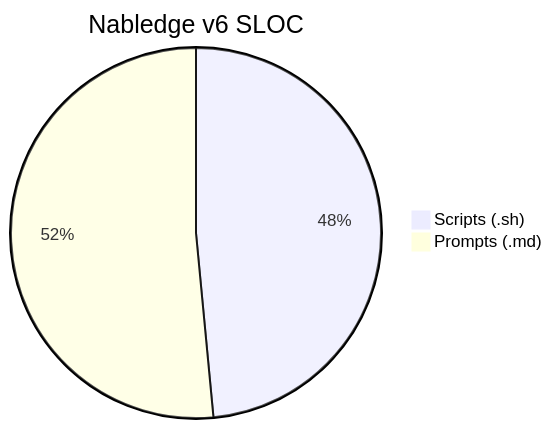
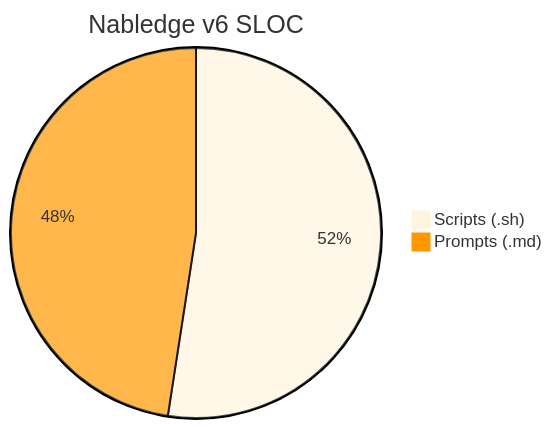
Before and after one commit to nablarch/nabledge-dev: the ninth of 14 diagrams in docs/metrics.md, drawn with Mermaid. The commit also changed other lines of this file and 2 other files, not shown here.

````diff
--- a/docs/metrics.md
+++ b/docs/metrics.md
@@ -129,5 +129,6 @@
 ```mermaid
+%%{init: {'theme': 'base', 'themeVariables': {'pie2': '#FF9800'}}}%%
 pie title Nabledge v6 SLOC
-  "Scripts (.sh)" : 951
-  "Prompts (.md)" : 1010
+  "Scripts (.sh)" : 1066
+  "Prompts (.md)" : 967
 ```
````
